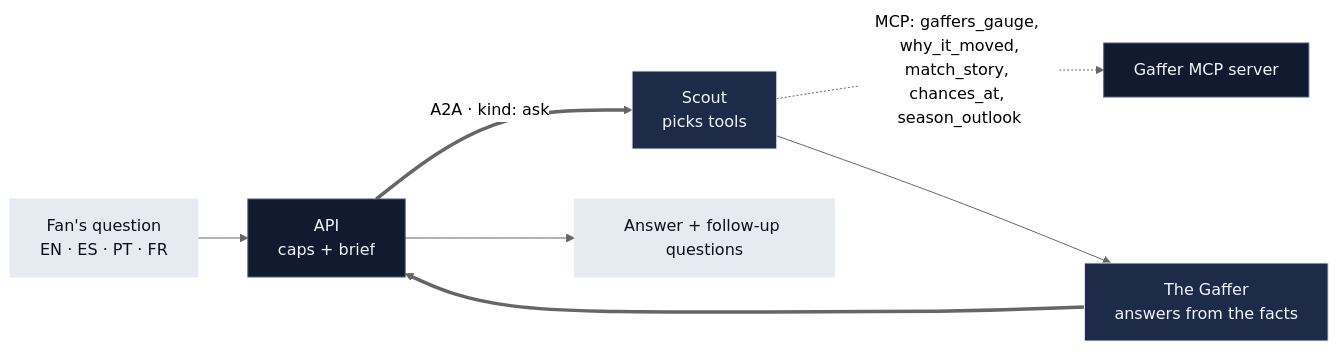
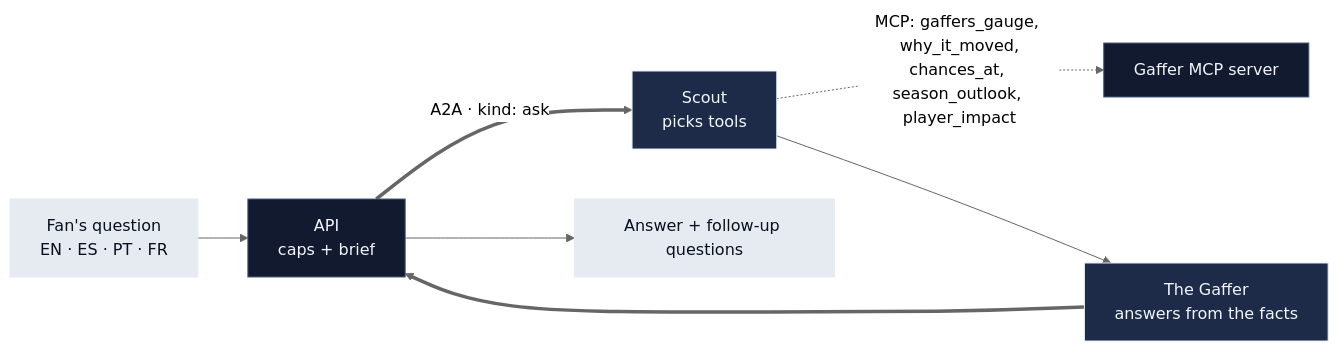
Before and after one commit to bradhack/lasso: the second of 3 diagrams in README.md, drawn with Mermaid (neutral theme). The commit also changed other lines of this file and 21 other files, not shown here.

First line of the commit message:
Player of the Match by impact, with a fan vote

````diff
--- a/README.md
+++ b/README.md
@@ -100,15 +101,15 @@
 ```mermaid
 flowchart LR
     Q["Fan's question<br/>EN · ES · PT · FR"] --> API["API<br/>caps + brief"]
     API == "A2A · kind: ask" ==> SC["Scout<br/>picks tools"]
-    SC -. "MCP: gaffers_gauge, why_it_moved,<br/>match_story, chances_at, season_outlook" .-> MCP["Gaffer MCP server"]
+    SC -. "MCP: gaffers_gauge, why_it_moved,<br/>chances_at, season_outlook, player_impact" .-> MCP["Gaffer MCP server"]
     SC --> PR["The Gaffer<br/>answers from the facts"]
     PR ==> API --> A["Answer + follow-up questions"]
 
     classDef svc fill:#111A2E,stroke:#475C85,color:#F2F5FA
     classDef agent fill:#1D2A48,stroke:#E6EBF2,color:#F2F5FA
     classDef client fill:#E6EBF2,stroke:#E6EBF2,color:#0A1020
     class API,MCP svc
     class SC,PR agent
     class Q,A client
 ```
````
